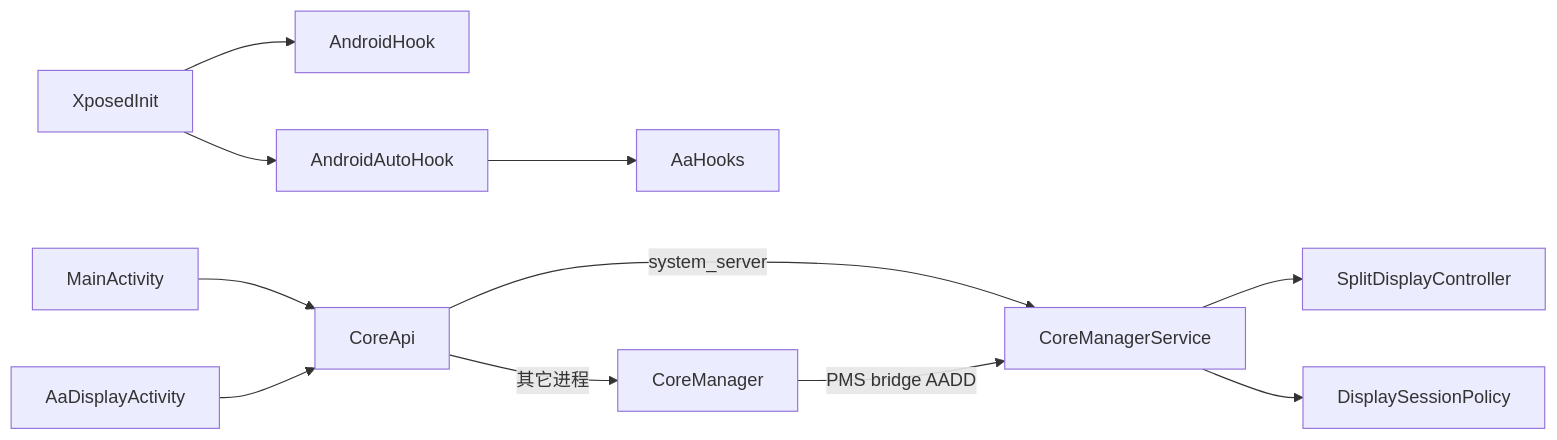
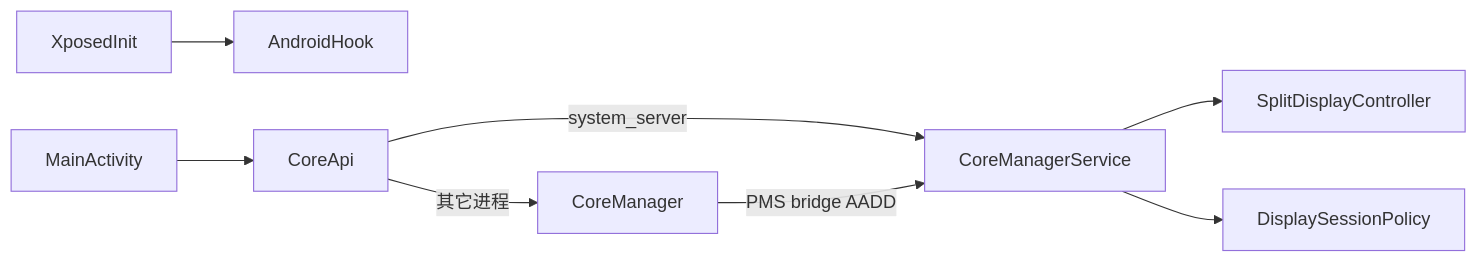
The diagram in AGENTS.md (lagXkjy/AADisplay), drawn with Mermaid before and after one commit. The commit also changed other lines of this file and 94 other files, not shown here.

````diff
--- a/AGENTS.md
+++ b/AGENTS.md
@@ -59,13 +57,10 @@
 ```mermaid
 flowchart LR
   XposedInit --> AndroidHook
-  XposedInit --> AndroidAutoHook
   MainActivity --> CoreApi
-  AaDisplayActivity --> CoreApi
   CoreApi -->|"system_server"| CoreManagerService
   CoreApi -->|"其它进程"| CoreManager
   CoreManager -->|"PMS bridge AADD"| CoreManagerService
   CoreManagerService --> SplitDisplayController
   CoreManagerService --> DisplaySessionPolicy
-  AndroidAutoHook --> AaHooks
 ```
````
